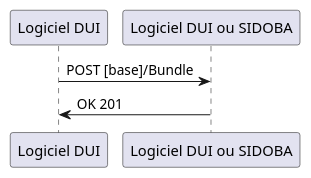
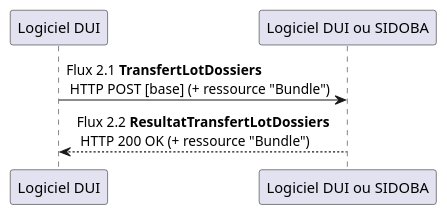
One commit to ansforge/IG-fhir-transfert-donnees-dui-esms changed the diagram in input/images-source/flux2.plantuml. Above: the diagram before and after it, drawn with PlantUML. The commit also changed 14 other files, not shown here.

```diff
--- a/input/images-source/flux2.plantuml
+++ b/input/images-source/flux2.plantuml
@@ -1,6 +1,6 @@
 @startuml
 
-"Logiciel DUI" -> "Logiciel DUI ou SIDOBA" : POST [base]/Bundle
-"Logiciel DUI" <- "Logiciel DUI ou SIDOBA" : OK 201
+"Logiciel DUI" -> "Logiciel DUI ou SIDOBA" : Flux 2.1 **TransfertLotDossiers** \n HTTP POST [base] (+ ressource "Bundle")
+"Logiciel DUI" <-- "Logiciel DUI ou SIDOBA" : Flux 2.2 **ResultatTransfertLotDossiers** \n HTTP 200 OK (+ ressource "Bundle")
 
 @enduml
```
